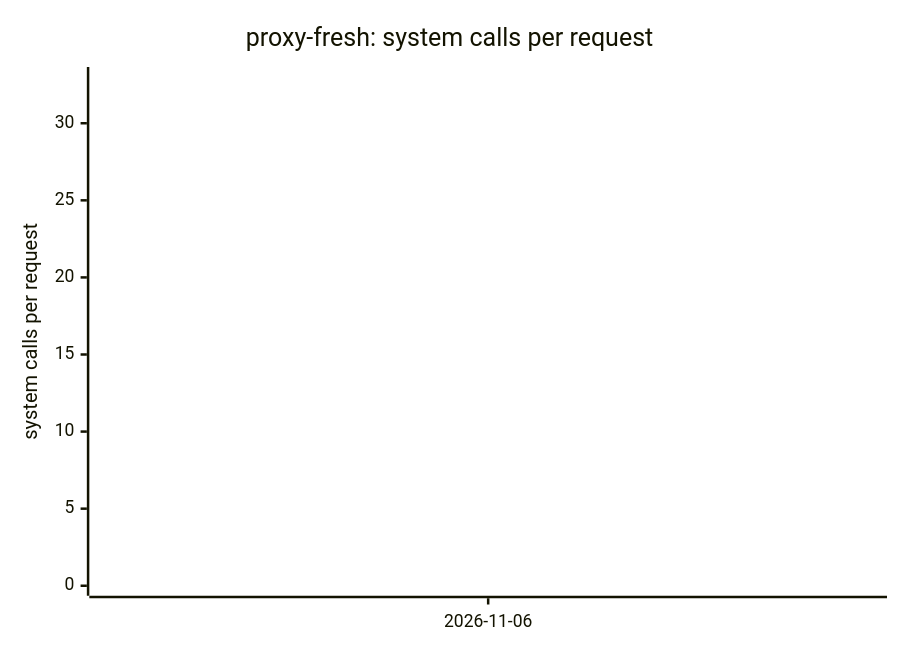
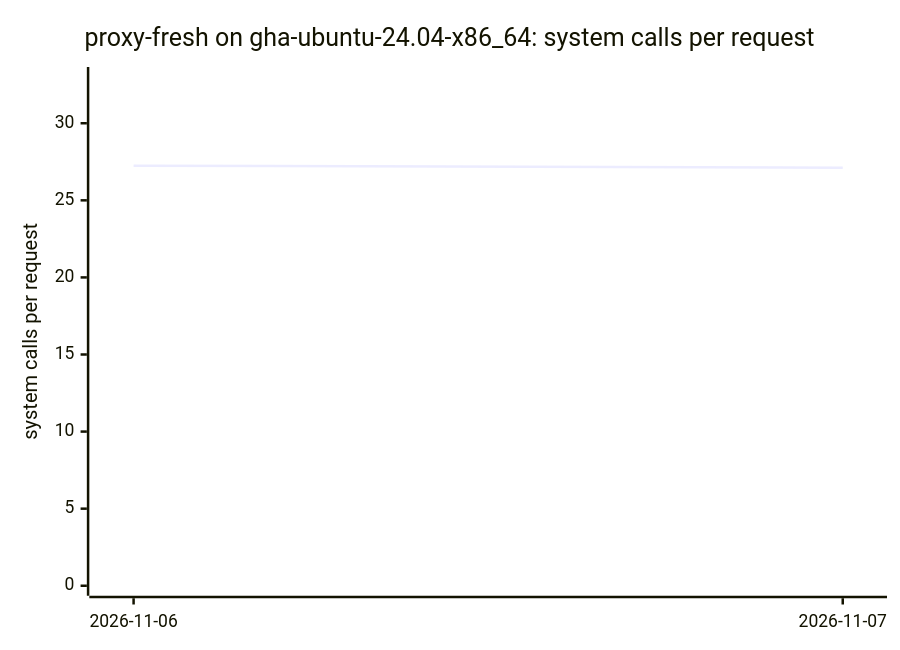
Diagram 12 of 14 in BENCHMARKS.md (ThePixelPilgrim/durchlauferhitzer), drawn with Mermaid before and after one commit. The commit also changed other lines of this file and 1 other file, not shown here.

````diff
--- a/BENCHMARKS.md
+++ b/BENCHMARKS.md
@@ -125,7 +136,7 @@
 ```mermaid
 xychart-beta
-  title "proxy-fresh: system calls per request"
-  x-axis ["2026-11-06"]
+  title "proxy-fresh on gha-ubuntu-24.04-x86_64: system calls per request"
+  x-axis ["2026-11-06", "2026-11-07"]
   y-axis "system calls per request" 0 --> 33
-  line [27.25]
+  line [27.25, 27.12]
 ```
````
